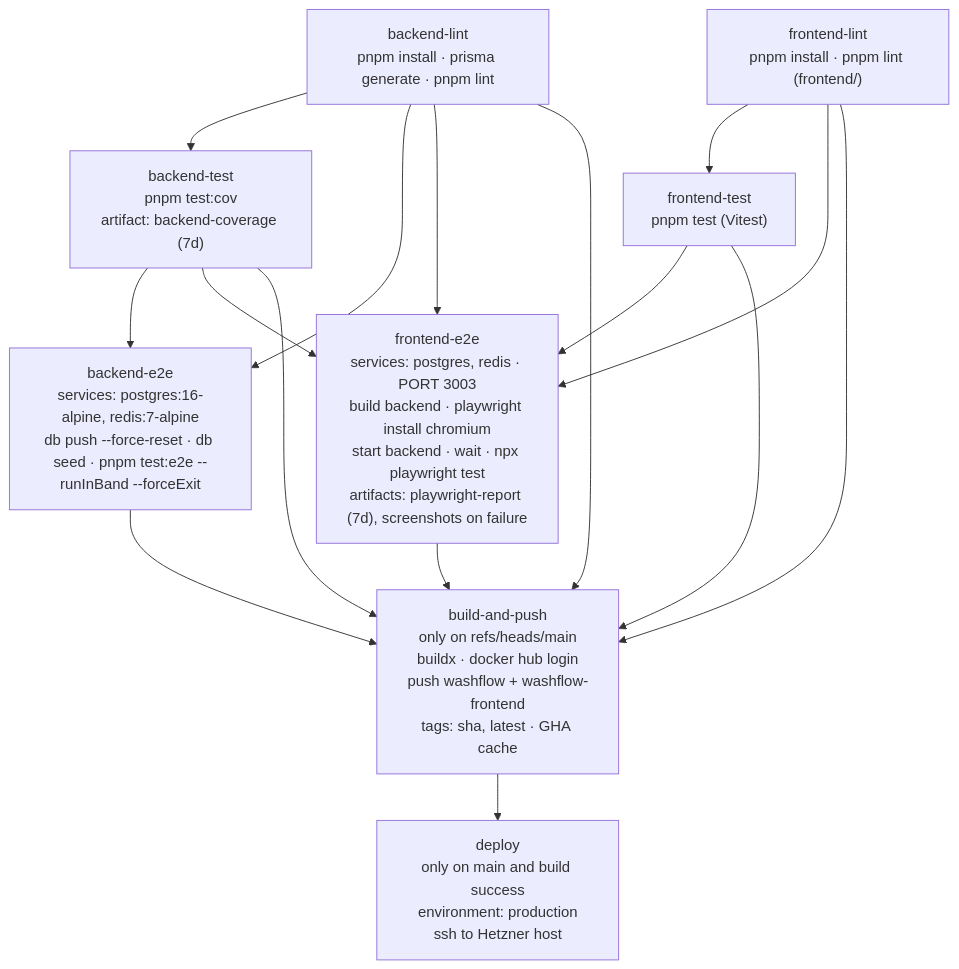
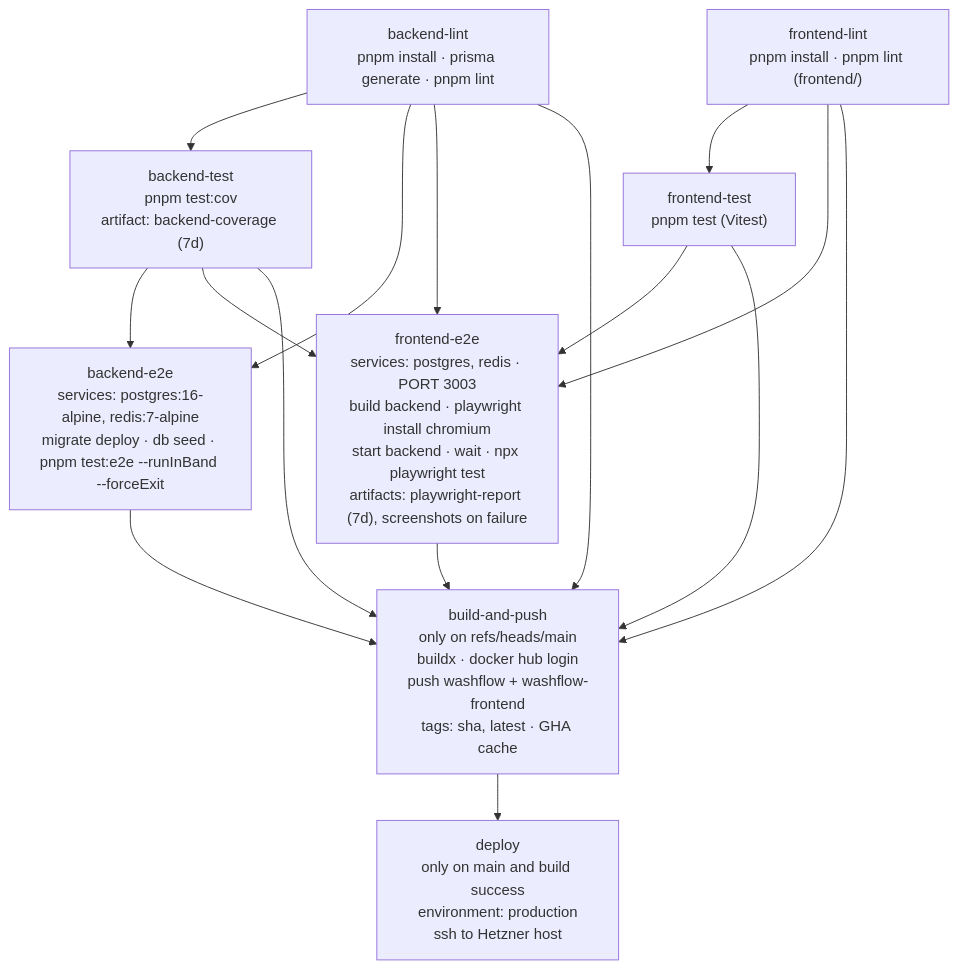
The second of 2 diagrams in docs/context/infrastructure.md (Klukvas/WashFlow), drawn with Mermaid before and after one commit. The commit also changed other lines of this file and 12 other files, not shown here.

````diff
--- a/docs/context/infrastructure.md
+++ b/docs/context/infrastructure.md
@@ -267,27 +267,27 @@
 ```mermaid
 flowchart TB
   BL["backend-lint<br/>pnpm install · prisma generate · pnpm lint"]
   FL["frontend-lint<br/>pnpm install · pnpm lint (frontend/)"]
   BT["backend-test<br/>pnpm test:cov<br/>artifact: backend-coverage (7d)"]
   FT["frontend-test<br/>pnpm test (Vitest)"]
-  BE["backend-e2e<br/>services: postgres:16-alpine, redis:7-alpine<br/>db push --force-reset · db seed · pnpm test:e2e --runInBand --forceExit"]
+  BE["backend-e2e<br/>services: postgres:16-alpine, redis:7-alpine<br/>migrate deploy · db seed · pnpm test:e2e --runInBand --forceExit"]
   FE["frontend-e2e<br/>services: postgres, redis · PORT 3003<br/>build backend · playwright install chromium<br/>start backend · wait · npx playwright test<br/>artifacts: playwright-report (7d), screenshots on failure"]
   BP["build-and-push<br/>only on refs/heads/main<br/>buildx · docker hub login<br/>push washflow + washflow-frontend<br/>tags: sha, latest · GHA cache"]
   DP["deploy<br/>only on main and build success<br/>environment: production<br/>ssh to Hetzner host"]
 
   BL --> BT
   FL --> FT
   BL --> BE
   BT --> BE
   BL --> FE
   FL --> FE
   BT --> FE
   FT --> FE
   BL --> BP
   FL --> BP
   BT --> BP
   FT --> BP
   BE --> BP
   FE --> BP
   BP --> DP
 ```
````
